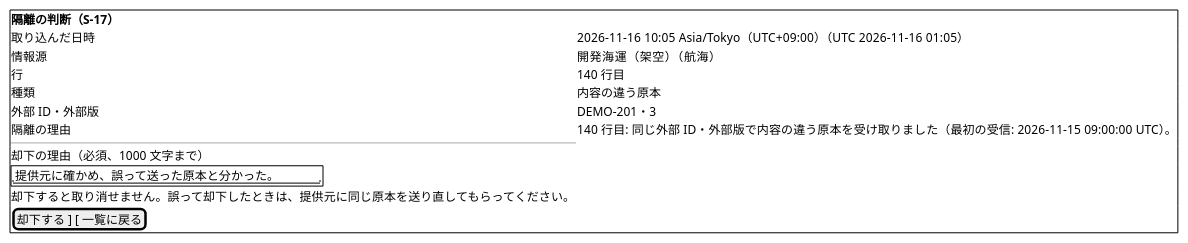
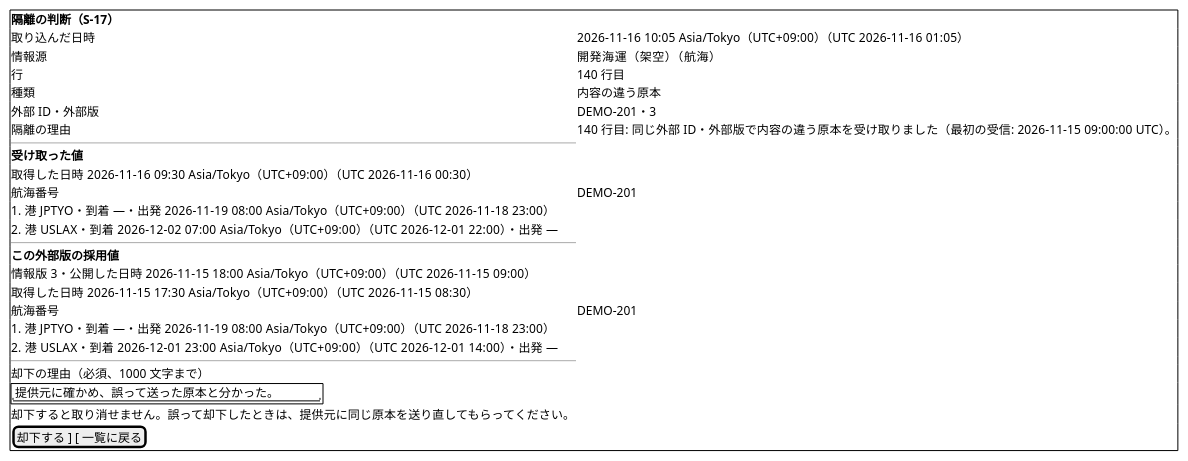
Before and after one commit to k2works/practical-domain-driven-design-in-enterpris-application: diagram 56 of 58 in docs/design/cargo-tracker/ui_design.md, drawn with PlantUML. The commit also changed other lines of this file and 12 other files, not shown here.

````diff
--- a/docs/design/cargo-tracker/ui_design.md
+++ b/docs/design/cargo-tracker/ui_design.md
@@ -1983,18 +1985,31 @@
 ```plantuml
 @startsalt
 {+
   <b>隔離の判断（S-17）
   取り込んだ日時 | 2026-11-16 10:05 Asia/Tokyo（UTC+09:00）（UTC 2026-11-16 01:05）
   情報源 | 開発海運（架空）（航海）
   行 | 140 行目
   種類 | 内容の違う原本
   外部 ID・外部版 | DEMO-201・3
   隔離の理由 | 140 行目: 同じ外部 ID・外部版で内容の違う原本を受け取りました（最初の受信: 2026-11-15 09:00:00 UTC）。
   --
+  <b>受け取った値
+  取得した日時 2026-11-16 09:30 Asia/Tokyo（UTC+09:00）（UTC 2026-11-16 00:30）
+  航海番号 | DEMO-201
+  1. 港 JPTYO・到着 —・出発 2026-11-19 08:00 Asia/Tokyo（UTC+09:00）（UTC 2026-11-18 23:00）
+  2. 港 USLAX・到着 2026-12-02 07:00 Asia/Tokyo（UTC+09:00）（UTC 2026-12-01 22:00）・出発 —
+  --
+  <b>この外部版の採用値
+  情報版 3・公開した日時 2026-11-15 18:00 Asia/Tokyo（UTC+09:00）（UTC 2026-11-15 09:00）
+  取得した日時 2026-11-15 17:30 Asia/Tokyo（UTC+09:00）（UTC 2026-11-15 08:30）
+  航海番号 | DEMO-201
+  1. 港 JPTYO・到着 —・出発 2026-11-19 08:00 Asia/Tokyo（UTC+09:00）（UTC 2026-11-18 23:00）
+  2. 港 USLAX・到着 2026-12-01 23:00 Asia/Tokyo（UTC+09:00）（UTC 2026-12-01 14:00）・出発 —
+  --
   却下の理由（必須、1000 文字まで）
   {+ "提供元に確かめ、誤って送った原本と分かった。                " }
   却下すると取り消せません。誤って却下したときは、提供元に同じ原本を送り直してもらってください。
   [ 却下する ] [ 一覧に戻る ]
 }
 @endsalt
 ```
````
